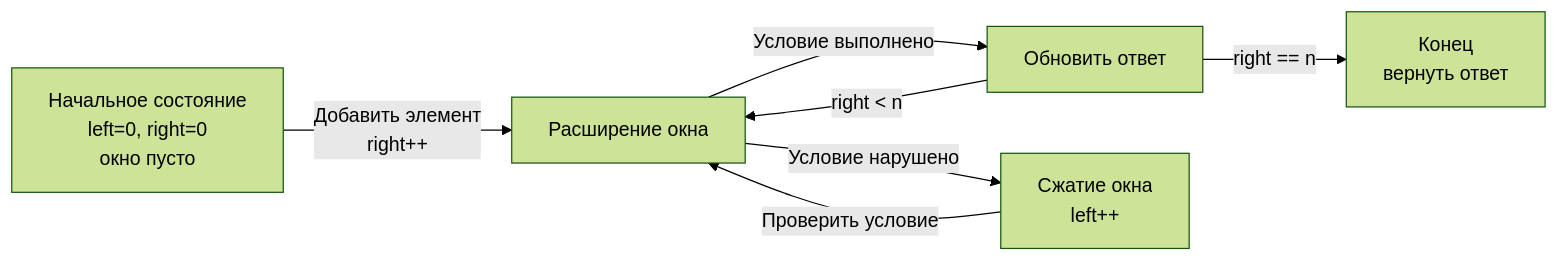
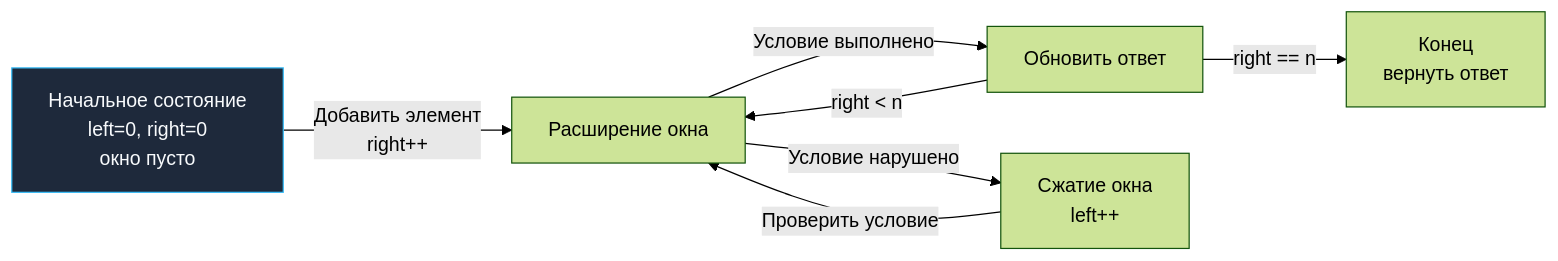
Before and after one commit to UnrealTemplier/go-textbook: the diagram in sources/21. Задачи с LeetCode и собеседований на Go/01. Теория/9. Как устроены алгоритмические паттерны.md, drawn with Mermaid (forest theme). The commit also changed 1666 other files, not shown here.

First line of the commit message:
feat(mermaid): add semantic color classDef to 1369 colorless flowchart/graph diagrams

````diff
--- a/sources/21. Задачи с LeetCode и собеседований на Go/01. Теория/9. Как устроены алгоритмические паттерны.md
+++ b/sources/21. Задачи с LeetCode и собеседований на Go/01. Теория/9. Как устроены алгоритмические паттерны.md
@@ -17,9 +17,19 @@
 ```mermaid
 flowchart LR
-    Start["Начальное состояние<br>left=0, right=0<br>окно пусто"] -->|"Добавить элемент<br>right++"| Expand["Расширение окна"]
+    classDef process  fill:#1e293b,stroke:#38bdf8,stroke-width:1px,color:#f8fafc
+    classDef success  fill:#064e3b,stroke:#34d399,stroke-width:1px,color:#f8fafc
+    classDef error    fill:#7f1d1d,stroke:#f87171,stroke-width:1px,color:#f8fafc
+    classDef warning  fill:#78350f,stroke:#fbbf24,stroke-width:1px,color:#f8fafc
+    classDef entry    fill:#1e3a5f,stroke:#38bdf8,stroke-width:2px,color:#f8fafc
+    classDef aux      fill:#334155,stroke:#64748b,stroke-width:1px,color:#f8fafc
+    classDef system   fill:#312e81,stroke:#a78bfa,stroke-width:1px,color:#f8fafc
+    classDef data     fill:#132d29,stroke:#2dd4bf,stroke-width:1px,color:#f8fafc
+    classDef network  fill:#881337,stroke:#fb7185,stroke-width:1px,color:#f8fafc
+    classDef accent   fill:#1e1b4b,stroke:#818cf8,stroke-width:1px,color:#f8fafc
+    Start["Начальное состояние<br>left=0, right=0<br>окно пусто"]:::process -->|"Добавить элемент<br>right++"| Expand["Расширение окна"]
     Expand -->|"Условие выполнено"| Update["Обновить ответ"]
     Expand -->|"Условие нарушено"| Shrink["Сжатие окна<br>left++"]
     Shrink -->|"Проверить условие"| Expand
     Update -->|"right == n"| End["Конец<br>вернуть ответ"]
     Update -->|"right < n"| Expand
 ```
````
